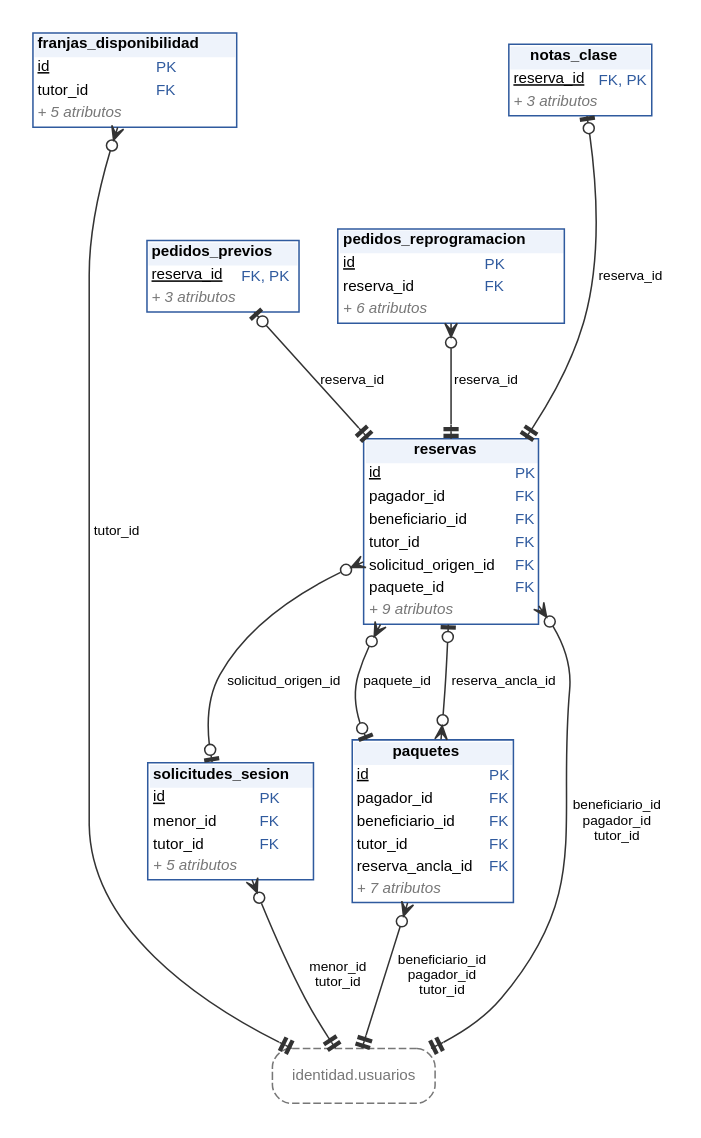
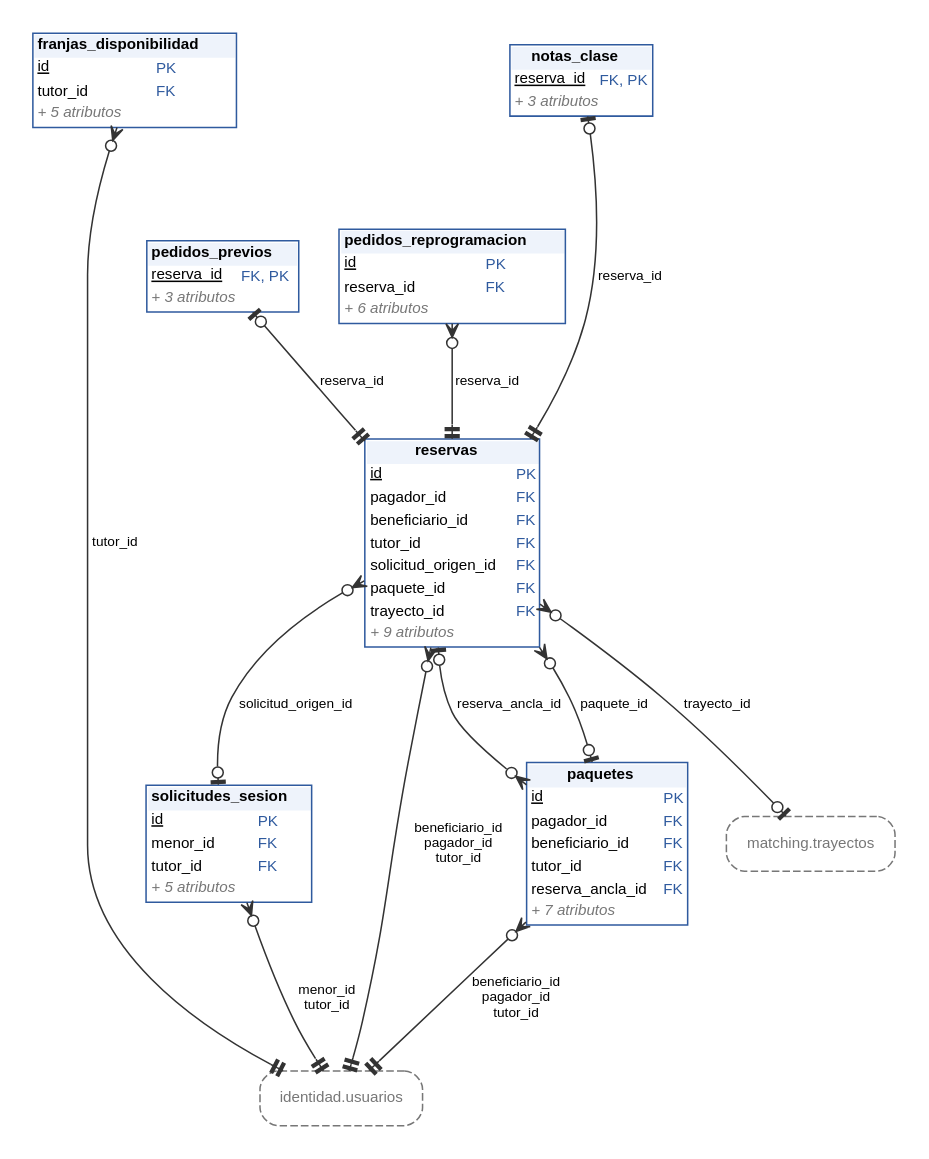
Before and after one commit to smercadocarbone/usal-tinku-docs: the diagram in figuras/der/reservas.dot, drawn with Graphviz. The commit also changed 12 other files, not shown here.

```diff
--- a/figuras/der/reservas.dot
+++ b/figuras/der/reservas.dot
@@ -1,25 +1,27 @@
 digraph "reservas" {
   graph [fontname="Helvetica", rankdir=TB, nodesep=0.35, ranksep=0.9, pad=0.2];
   node [shape=plain, fontname="Helvetica", fontsize=10];
   edge [fontname="Helvetica", fontsize=9, color="#333333", dir=both, arrowsize=0.9];
   "reservas.franjas_disponibilidad" [label=<<TABLE BORDER="1" CELLBORDER="0" CELLSPACING="0" CELLPADDING="2" COLOR="#2F5A9E"><TR><TD COLSPAN="2" BGCOLOR="#EEF3FB" ALIGN="CENTER"><B>franjas_disponibilidad</B></TD></TR><TR><TD ALIGN="LEFT"><U>id</U></TD><TD ALIGN="LEFT"><FONT COLOR="#2F5A9E">PK</FONT></TD></TR><TR><TD ALIGN="LEFT">tutor_id</TD><TD ALIGN="LEFT"><FONT COLOR="#2F5A9E">FK</FONT></TD></TR><TR><TD COLSPAN="2" ALIGN="LEFT"><FONT COLOR="#777777"><I>+ 5 atributos</I></FONT></TD></TR></TABLE>>];
   "reservas.notas_clase" [label=<<TABLE BORDER="1" CELLBORDER="0" CELLSPACING="0" CELLPADDING="2" COLOR="#2F5A9E"><TR><TD COLSPAN="2" BGCOLOR="#EEF3FB" ALIGN="CENTER"><B>notas_clase</B></TD></TR><TR><TD ALIGN="LEFT"><U>reserva_id</U></TD><TD ALIGN="LEFT"><FONT COLOR="#2F5A9E">FK, PK</FONT></TD></TR><TR><TD COLSPAN="2" ALIGN="LEFT"><FONT COLOR="#777777"><I>+ 3 atributos</I></FONT></TD></TR></TABLE>>];
   "reservas.paquetes" [label=<<TABLE BORDER="1" CELLBORDER="0" CELLSPACING="0" CELLPADDING="2" COLOR="#2F5A9E"><TR><TD COLSPAN="2" BGCOLOR="#EEF3FB" ALIGN="CENTER"><B>paquetes</B></TD></TR><TR><TD ALIGN="LEFT"><U>id</U></TD><TD ALIGN="LEFT"><FONT COLOR="#2F5A9E">PK</FONT></TD></TR><TR><TD ALIGN="LEFT">pagador_id</TD><TD ALIGN="LEFT"><FONT COLOR="#2F5A9E">FK</FONT></TD></TR><TR><TD ALIGN="LEFT">beneficiario_id</TD><TD ALIGN="LEFT"><FONT COLOR="#2F5A9E">FK</FONT></TD></TR><TR><TD ALIGN="LEFT">tutor_id</TD><TD ALIGN="LEFT"><FONT COLOR="#2F5A9E">FK</FONT></TD></TR><TR><TD ALIGN="LEFT">reserva_ancla_id</TD><TD ALIGN="LEFT"><FONT COLOR="#2F5A9E">FK</FONT></TD></TR><TR><TD COLSPAN="2" ALIGN="LEFT"><FONT COLOR="#777777"><I>+ 7 atributos</I></FONT></TD></TR></TABLE>>];
   "reservas.pedidos_previos" [label=<<TABLE BORDER="1" CELLBORDER="0" CELLSPACING="0" CELLPADDING="2" COLOR="#2F5A9E"><TR><TD COLSPAN="2" BGCOLOR="#EEF3FB" ALIGN="CENTER"><B>pedidos_previos</B></TD></TR><TR><TD ALIGN="LEFT"><U>reserva_id</U></TD><TD ALIGN="LEFT"><FONT COLOR="#2F5A9E">FK, PK</FONT></TD></TR><TR><TD COLSPAN="2" ALIGN="LEFT"><FONT COLOR="#777777"><I>+ 3 atributos</I></FONT></TD></TR></TABLE>>];
   "reservas.pedidos_reprogramacion" [label=<<TABLE BORDER="1" CELLBORDER="0" CELLSPACING="0" CELLPADDING="2" COLOR="#2F5A9E"><TR><TD COLSPAN="2" BGCOLOR="#EEF3FB" ALIGN="CENTER"><B>pedidos_reprogramacion</B></TD></TR><TR><TD ALIGN="LEFT"><U>id</U></TD><TD ALIGN="LEFT"><FONT COLOR="#2F5A9E">PK</FONT></TD></TR><TR><TD ALIGN="LEFT">reserva_id</TD><TD ALIGN="LEFT"><FONT COLOR="#2F5A9E">FK</FONT></TD></TR><TR><TD COLSPAN="2" ALIGN="LEFT"><FONT COLOR="#777777"><I>+ 6 atributos</I></FONT></TD></TR></TABLE>>];
-  "reservas.reservas" [label=<<TABLE BORDER="1" CELLBORDER="0" CELLSPACING="0" CELLPADDING="2" COLOR="#2F5A9E"><TR><TD COLSPAN="2" BGCOLOR="#EEF3FB" ALIGN="CENTER"><B>reservas</B></TD></TR><TR><TD ALIGN="LEFT"><U>id</U></TD><TD ALIGN="LEFT"><FONT COLOR="#2F5A9E">PK</FONT></TD></TR><TR><TD ALIGN="LEFT">pagador_id</TD><TD ALIGN="LEFT"><FONT COLOR="#2F5A9E">FK</FONT></TD></TR><TR><TD ALIGN="LEFT">beneficiario_id</TD><TD ALIGN="LEFT"><FONT COLOR="#2F5A9E">FK</FONT></TD></TR><TR><TD ALIGN="LEFT">tutor_id</TD><TD ALIGN="LEFT"><FONT COLOR="#2F5A9E">FK</FONT></TD></TR><TR><TD ALIGN="LEFT">solicitud_origen_id</TD><TD ALIGN="LEFT"><FONT COLOR="#2F5A9E">FK</FONT></TD></TR><TR><TD ALIGN="LEFT">paquete_id</TD><TD ALIGN="LEFT"><FONT COLOR="#2F5A9E">FK</FONT></TD></TR><TR><TD COLSPAN="2" ALIGN="LEFT"><FONT COLOR="#777777"><I>+ 9 atributos</I></FONT></TD></TR></TABLE>>];
+  "reservas.reservas" [label=<<TABLE BORDER="1" CELLBORDER="0" CELLSPACING="0" CELLPADDING="2" COLOR="#2F5A9E"><TR><TD COLSPAN="2" BGCOLOR="#EEF3FB" ALIGN="CENTER"><B>reservas</B></TD></TR><TR><TD ALIGN="LEFT"><U>id</U></TD><TD ALIGN="LEFT"><FONT COLOR="#2F5A9E">PK</FONT></TD></TR><TR><TD ALIGN="LEFT">pagador_id</TD><TD ALIGN="LEFT"><FONT COLOR="#2F5A9E">FK</FONT></TD></TR><TR><TD ALIGN="LEFT">beneficiario_id</TD><TD ALIGN="LEFT"><FONT COLOR="#2F5A9E">FK</FONT></TD></TR><TR><TD ALIGN="LEFT">tutor_id</TD><TD ALIGN="LEFT"><FONT COLOR="#2F5A9E">FK</FONT></TD></TR><TR><TD ALIGN="LEFT">solicitud_origen_id</TD><TD ALIGN="LEFT"><FONT COLOR="#2F5A9E">FK</FONT></TD></TR><TR><TD ALIGN="LEFT">paquete_id</TD><TD ALIGN="LEFT"><FONT COLOR="#2F5A9E">FK</FONT></TD></TR><TR><TD ALIGN="LEFT">trayecto_id</TD><TD ALIGN="LEFT"><FONT COLOR="#2F5A9E">FK</FONT></TD></TR><TR><TD COLSPAN="2" ALIGN="LEFT"><FONT COLOR="#777777"><I>+ 9 atributos</I></FONT></TD></TR></TABLE>>];
   "reservas.solicitudes_sesion" [label=<<TABLE BORDER="1" CELLBORDER="0" CELLSPACING="0" CELLPADDING="2" COLOR="#2F5A9E"><TR><TD COLSPAN="2" BGCOLOR="#EEF3FB" ALIGN="CENTER"><B>solicitudes_sesion</B></TD></TR><TR><TD ALIGN="LEFT"><U>id</U></TD><TD ALIGN="LEFT"><FONT COLOR="#2F5A9E">PK</FONT></TD></TR><TR><TD ALIGN="LEFT">menor_id</TD><TD ALIGN="LEFT"><FONT COLOR="#2F5A9E">FK</FONT></TD></TR><TR><TD ALIGN="LEFT">tutor_id</TD><TD ALIGN="LEFT"><FONT COLOR="#2F5A9E">FK</FONT></TD></TR><TR><TD COLSPAN="2" ALIGN="LEFT"><FONT COLOR="#777777"><I>+ 5 atributos</I></FONT></TD></TR></TABLE>>];
   "identidad.usuarios" [shape=box, style="dashed,rounded", color="#777777", fontcolor="#777777", label="identidad.usuarios"];
+  "matching.trayectos" [shape=box, style="dashed,rounded", color="#777777", fontcolor="#777777", label="matching.trayectos"];
   "reservas.franjas_disponibilidad" -> "identidad.usuarios" [arrowtail=crowodot, arrowhead=teetee, label="tutor_id"];
   "reservas.notas_clase" -> "reservas.reservas" [arrowtail=teeodot, arrowhead=teetee, label="reserva_id"];
   "reservas.paquetes" -> "reservas.reservas" [arrowtail=crowodot, arrowhead=teeodot, label="reserva_ancla_id"];
   "reservas.paquetes" -> "identidad.usuarios" [arrowtail=crowodot, arrowhead=teetee, label="beneficiario_id\npagador_id\ntutor_id"];
   "reservas.pedidos_previos" -> "reservas.reservas" [arrowtail=teeodot, arrowhead=teetee, label="reserva_id"];
   "reservas.pedidos_reprogramacion" -> "reservas.reservas" [arrowtail=crowodot, arrowhead=teetee, label="reserva_id"];
   "reservas.reservas" -> "identidad.usuarios" [arrowtail=crowodot, arrowhead=teetee, label="beneficiario_id\npagador_id\ntutor_id"];
   "reservas.reservas" -> "reservas.paquetes" [arrowtail=crowodot, arrowhead=teeodot, label="paquete_id"];
   "reservas.reservas" -> "reservas.solicitudes_sesion" [arrowtail=crowodot, arrowhead=teeodot, label="solicitud_origen_id"];
+  "reservas.reservas" -> "matching.trayectos" [arrowtail=crowodot, arrowhead=teeodot, label="trayecto_id"];
   "reservas.solicitudes_sesion" -> "identidad.usuarios" [arrowtail=crowodot, arrowhead=teetee, label="menor_id\ntutor_id"];
   "reservas.franjas_disponibilidad" -> "reservas.pedidos_previos" [style=invis, dir=none];
   "reservas.notas_clase" -> "reservas.pedidos_reprogramacion" [style=invis, dir=none];
 }
```
